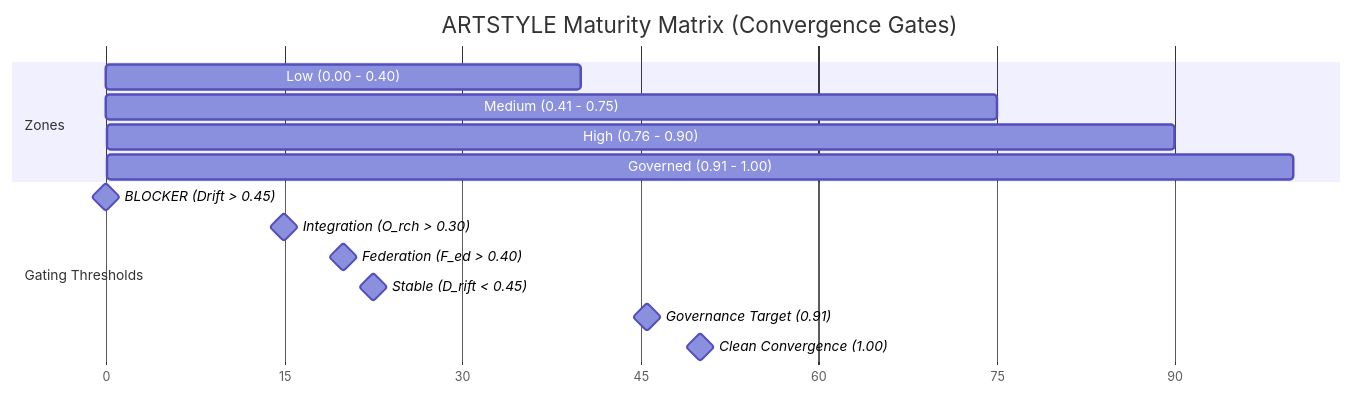
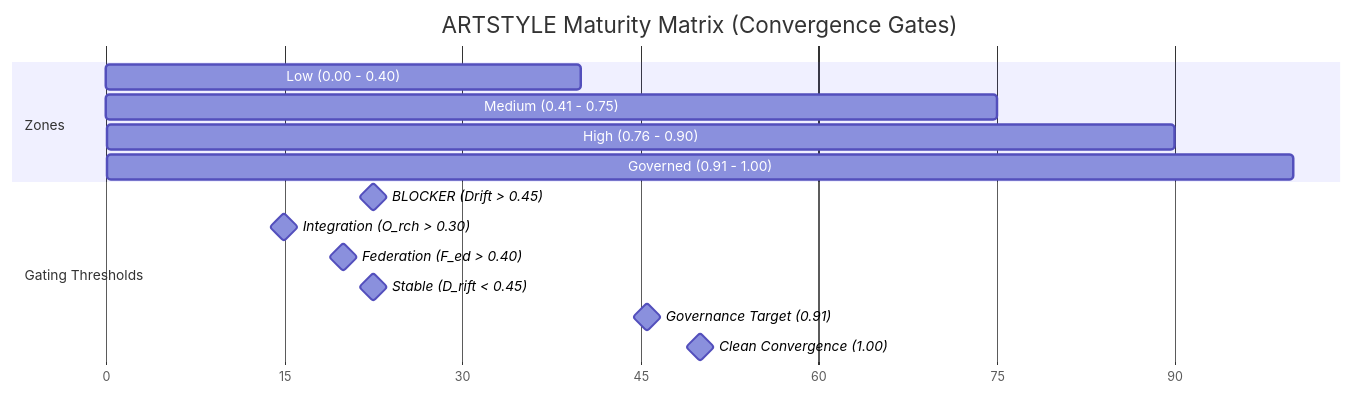
Before and after one commit to GBOGEB/CODEX: the fourth of 4 diagrams in SDA_Maturity_Matrix_First_Render.md, drawn with Mermaid. The commit also changed other lines of this file, not shown here.

````diff
--- a/SDA_Maturity_Matrix_First_Render.md
+++ b/SDA_Maturity_Matrix_First_Render.md
@@ -146,20 +216,20 @@
 ```mermaid
 gantt
     title ARTSTYLE Maturity Matrix (Convergence Gates)
     dateFormat  X
     axisFormat %s
 
     section Zones
     Low (0.00 - 0.40)      :a1, 0, 40
-    Medium (0.41 - 0.75)   :a2, 40, 75
-    High (0.76 - 0.90)     :a3, 75, 90
-    Governed (0.91 - 1.00) :a4, 90, 100
+    Medium (0.41 - 0.75)   :a2, 41, 75
+    High (0.76 - 0.90)     :a3, 76, 90
+    Governed (0.91 - 1.00) :a4, 91, 100
 
     section Gating Thresholds
-    BLOCKER (Drift > 0.45)      :milestone, 0, 0
+    BLOCKER (Drift > 0.45)      :milestone, 45, 45
     Integration (O_rch > 0.30)  :milestone, 30, 30
     Federation (F_ed > 0.40)    :milestone, 40, 40
     Stable (D_rift < 0.45)      :milestone, 45, 45
     Governance Target (0.91)    :milestone, 91, 91
     Clean Convergence (1.00)    :milestone, 100, 100
 ```
````
